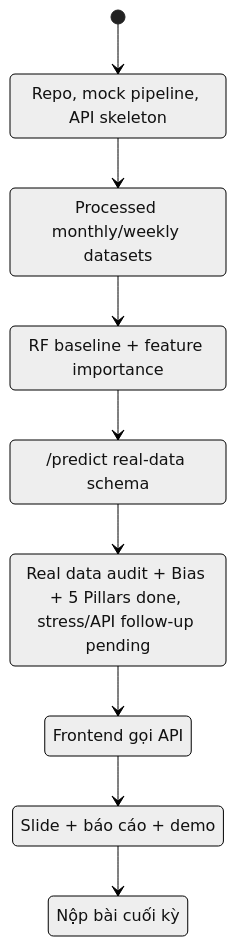
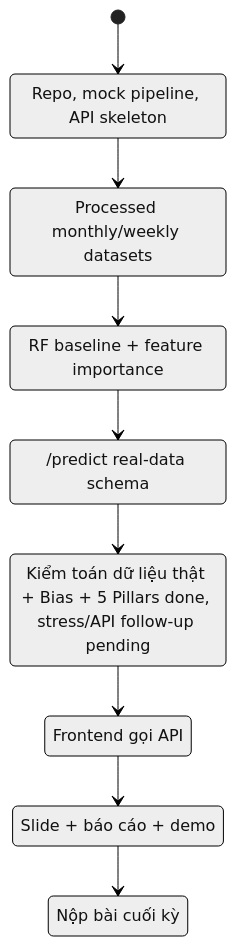
Before and after one commit to uit-25730067-chithanh/AI002-Team22-DT10: the seventh of 8 diagrams in docs/project-roadmap.md, drawn with Mermaid (neutral theme). The commit also changed other lines of this file and 2 other files, not shown here.

First line of the commit message:
docs(core): update README, codebase summary and project roadmap

````diff
--- a/docs/project-roadmap.md
+++ b/docs/project-roadmap.md
@@ -192,20 +192,20 @@
 ```mermaid
 stateDiagram-v2
     [*] --> Foundation
     Foundation --> RealData
     RealData --> BaselineModel
     BaselineModel --> APIContract
     APIContract --> Evaluation
     Evaluation --> FrontendIntegration
     FrontendIntegration --> ReportAndDemo
     ReportAndDemo --> Submission
 
     Foundation: Repo, mock pipeline, API skeleton
     RealData: Processed monthly/weekly datasets
     BaselineModel: RF baseline + feature importance
     APIContract: /predict real-data schema
-    Evaluation: Real data audit + Bias + 5 Pillars done, stress/API follow-up pending
+    Evaluation: Kiểm toán dữ liệu thật + Bias + 5 Pillars done, stress/API follow-up pending
     FrontendIntegration: Frontend gọi API
     ReportAndDemo: Slide + báo cáo + demo
     Submission: Nộp bài cuối kỳ
 ```
````
